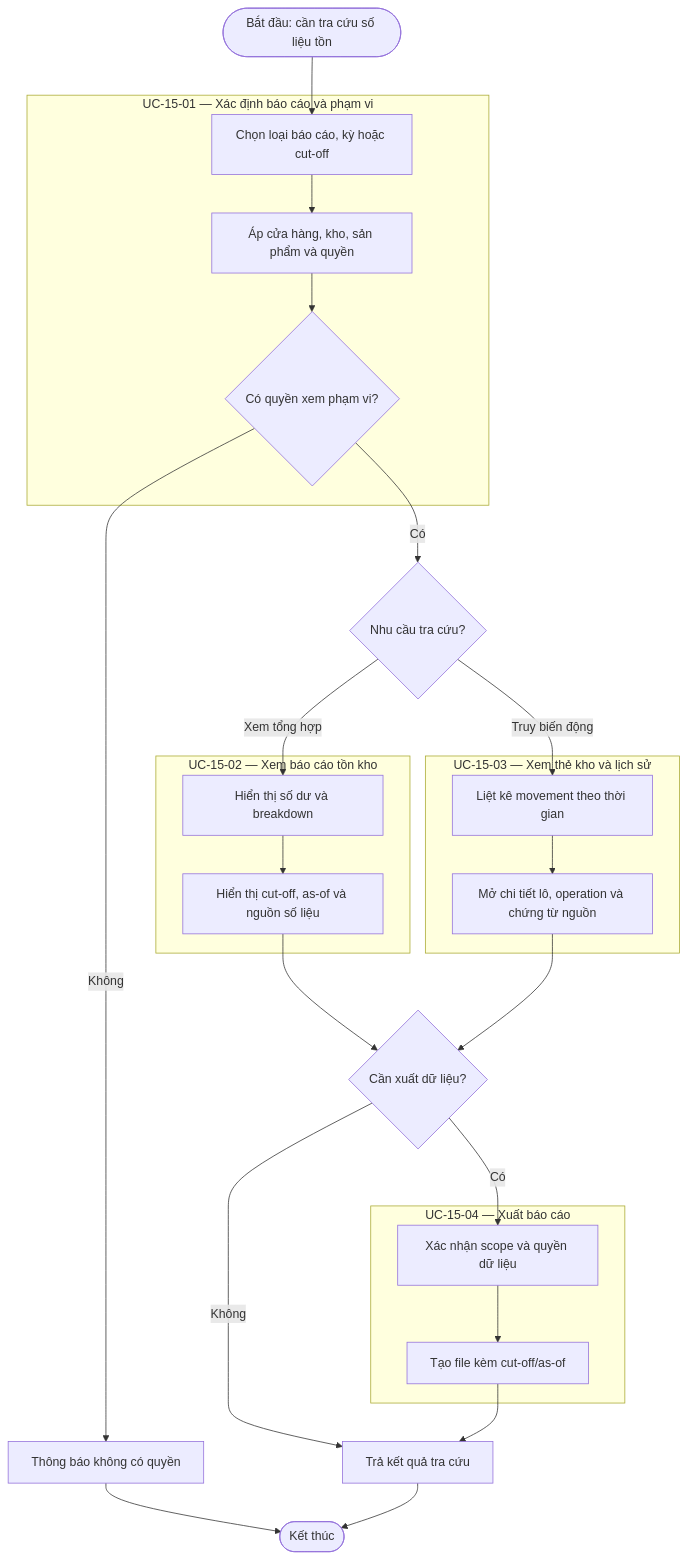
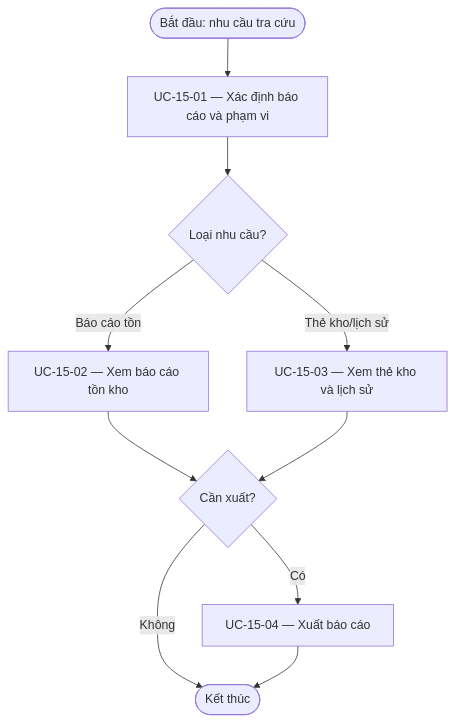
One commit to DsChien102/erp-sales-inventory changed the diagram in specs/themes/theme-07/02.specification/behavior/journeys/BJ-15-tra-cuu-bao-cao-ton-va-the-kho.md. Above: the diagram before and after it, drawn with Mermaid. The commit also changed other lines of this file and 4136 other files, not shown here.

````diff
--- a/specs/themes/theme-07/02.specification/behavior/journeys/BJ-15-tra-cuu-bao-cao-ton-va-the-kho.md
+++ b/specs/themes/theme-07/02.specification/behavior/journeys/BJ-15-tra-cuu-bao-cao-ton-va-the-kho.md
@@ -49,35 +32,12 @@
 ```mermaid
 flowchart TD
-    S([Bắt đầu: cần tra cứu số liệu tồn]) --> U1A
-
-    subgraph U1["UC-15-01 — Xác định báo cáo và phạm vi"]
-        U1A[Chọn loại báo cáo, kỳ hoặc cut-off] --> U1B[Áp cửa hàng, kho, sản phẩm và quyền]
-        U1B --> U1C{Có quyền xem phạm vi?}
-    end
-
-    U1C -->|Không| R0[Thông báo không có quyền]
-    U1C -->|Có| T{Nhu cầu tra cứu?}
-
-    T -->|Xem tổng hợp| U2A
-    subgraph U2["UC-15-02 — Xem báo cáo tồn kho"]
-        U2A[Hiển thị số dư và breakdown] --> U2B[Hiển thị cut-off, as-of và nguồn số liệu]
-    end
-
-    T -->|Truy biến động| U3A
-    subgraph U3["UC-15-03 — Xem thẻ kho và lịch sử"]
-        U3A[Liệt kê movement theo thời gian] --> U3B[Mở chi tiết lô, operation và chứng từ nguồn]
-    end
-
-    U2B --> X{Cần xuất dữ liệu?}
-    U3B --> X
-    X -->|Không| R1[Trả kết quả tra cứu]
-    X -->|Có| U4A
-
-    subgraph U4["UC-15-04 — Xuất báo cáo"]
-        U4A[Xác nhận scope và quyền dữ liệu] --> U4B[Tạo file kèm cut-off/as-of]
-    end
-
-    U4B --> R1
-    R0 --> E([Kết thúc])
-    R1 --> E
+    Begin([Bắt đầu: nhu cầu tra cứu]) --> U1["UC-15-01 — Xác định báo cáo và phạm vi"]
+    U1 --> D{"Loại nhu cầu?"}
+    D -->|Báo cáo tồn| U2["UC-15-02 — Xem báo cáo tồn kho"]
+    D -->|Thẻ kho/lịch sử| U3["UC-15-03 — Xem thẻ kho và lịch sử"]
+    U2 --> E{"Cần xuất?"}
+    U3 --> E
+    E -->|Có| U4["UC-15-04 — Xuất báo cáo"]
+    E -->|Không| End([Kết thúc])
+    U4 --> End
 ```
````
